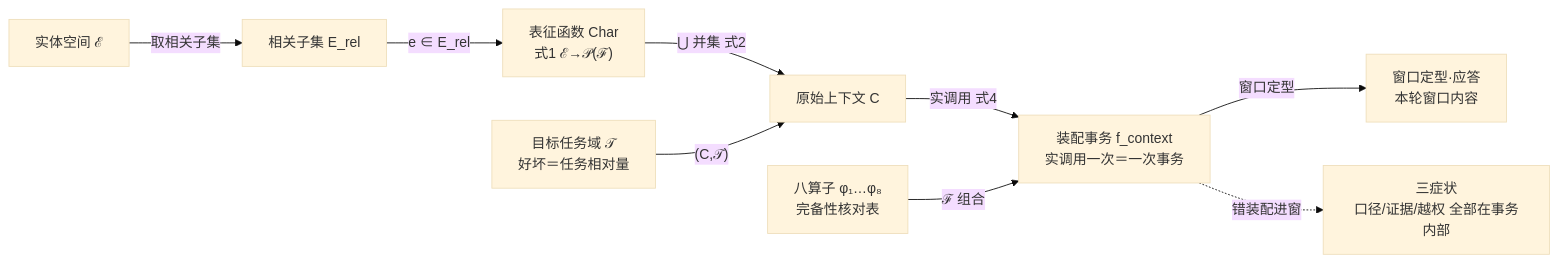
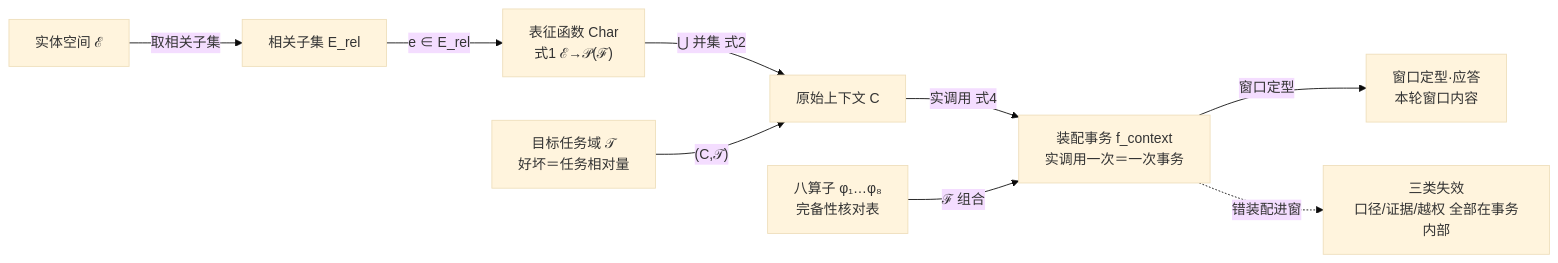
One commit to ThreeFish-AI/negentropy changed the diagram in docs/assets/mermaid/cognitive-context/context-layer-blueprint--first-class-object.mmd. Above: the diagram before and after it, drawn with Mermaid (base theme). The commit also changed 111 other files, not shown here.

First line of the commit message:
docs(cognitive-context): 13 张 Context Layer 配图去比喻重渲——candidate 全量入库、节点拓扑坐标零变动;

```diff
--- a/docs/assets/mermaid/cognitive-context/context-layer-blueprint--first-class-object.mmd
+++ b/docs/assets/mermaid/cognitive-context/context-layer-blueprint--first-class-object.mmd
@@ -1,14 +1,14 @@
-%%source: docs/research/cognitive-context/013-context-layer-blueprint.md §2 第一性对象与分析单元（式2 并集、式3/4 装配事务；三症状三病灶冻结口径）
+%%source: docs/research/cognitive-context/013-context-layer-blueprint.md §2 第一性对象与分析单元（式2 并集、式3/4 装配事务；三类失效三个根因冻结口径）
 %%slug: cognitive-context/context-layer-blueprint--first-class-object
 %%type: dataflow
-%%derived: archify dataflow v1, authored fresh（新图：ℰ→E_rel→Char→C→(C,𝒯)→f_context 装配事务主链；三症状挂事务内部、八算子作加工位）
+%%derived: archify dataflow v1, authored fresh（新图：ℰ→E_rel→Char→C→(C,𝒯)→f_context 装配事务主链；三类失效挂事务内部、八算子作加工位）
 %% fix: 2026-10-10 式3→式4 口径对齐正文 §2.4
 flowchart LR
     ESPACE["实体空间 ℰ"] -->|"取相关子集"| EREL["相关子集 E_rel"]
     EREL -->|"e ∈ E_rel"| CHAR["表征函数 Char<br/>式1 ℰ→𝒫(ℱ)"]
     CHAR -->|"⋃ 并集 式2"| C["原始上下文 C"]
     TASK["目标任务域 𝒯<br/>好坏＝任务相对量"] -->|"(C,𝒯)"| C
     C -->|"实调用 式4"| TXN["装配事务 f_context<br/>实调用一次＝一次事务"]
     OPS["八算子 φ₁…φ₈<br/>完备性核对表"] -->|"ℱ 组合"| TXN
     TXN -->|"窗口定型"| ANSWER["窗口定型·应答<br/>本轮窗口内容"]
-    TXN -.->|"错装配进窗"| SYM["三症状<br/>口径/证据/越权 全部在事务内部"]
+    TXN -.->|"错装配进窗"| SYM["三类失效<br/>口径/证据/越权 全部在事务内部"]
```
